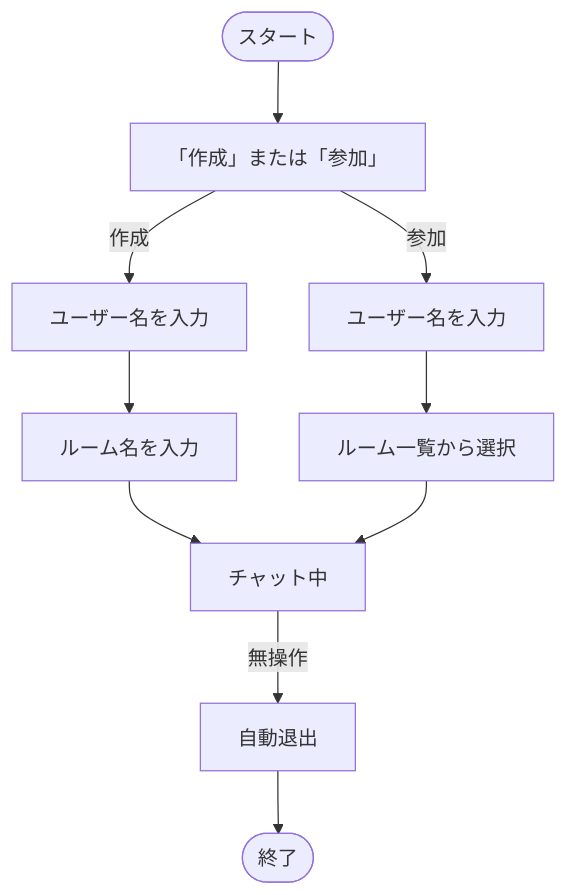
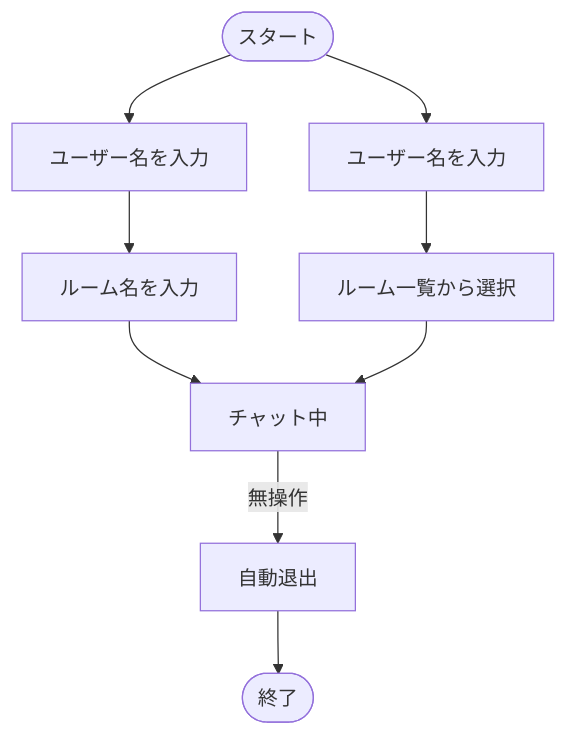
Before and after one commit to BackendExplorer/Online-Chat-Service: the first of 4 diagrams in README.md, drawn with Mermaid.

````diff
--- a/README.md
+++ b/README.md
@@ -177,20 +177,24 @@
 ```mermaid
 flowchart TD
+    %%─── ノード定義 ───
     Start([スタート])
-    選択["「作成」または「参加」"]
 
     入力作成[ユーザー名を入力]
     ルーム名入力[ルーム名を入力]
 
     入力参加[ユーザー名を入力]
     ルーム一覧[ルーム一覧から選択]
 
     チャット中[チャット中]
     自動退出[自動退出]
     End([終了])
 
-    Start --> 選択
-    選択 -- 作成 --> 入力作成 --> ルーム名入力 --> チャット中
-    選択 -- 参加 --> 入力参加 --> ルーム一覧 --> チャット中
+    %%─── フロー定義 ───
+    Start --> 入力作成
+    Start --> 入力参加
+
+    入力作成 --> ルーム名入力 --> チャット中
+    入力参加 --> ルーム一覧 --> チャット中
+
     チャット中 -->|無操作| 自動退出 --> End
 ```
````
